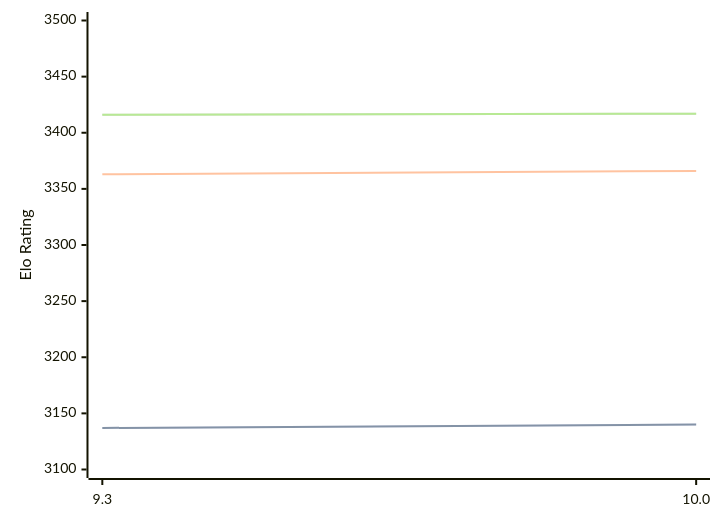
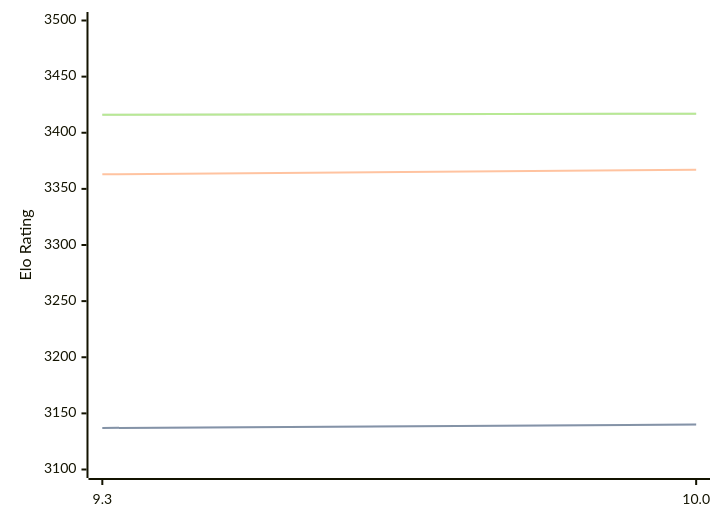
The diagram in engines/Fire.md (computer-chess-index/cci), drawn with Mermaid before and after one commit. The commit also changed other lines of this file, not shown here.

````diff
--- a/engines/Fire.md
+++ b/engines/Fire.md
@@ -47,11 +47,11 @@
 ```mermaid
 %%{init: {"theme":"base","themeVariables":{"seriesColors:['#a3a3a3','#222221','#faa371']}}}%%
 xychart-beta
   x-axis ["9.3", "10.0"]
   y-axis "Elo Rating" 3100 --> 3500
   line "STC (8.0+0.08s)" [3137, 3140]
   line "STC (8.0+0.08s)" [3137, 3140]
-  line "LTC (60.0+0.60s)" [3363, 3366]
+  line "LTC (60.0+0.60s)" [3363, 3367]
   line "VLTC (2m24s+1.12s)" [3416, 3417]
   line "VLTC (2m24s+1.12s)" [3416, 3417]
 ```
````
